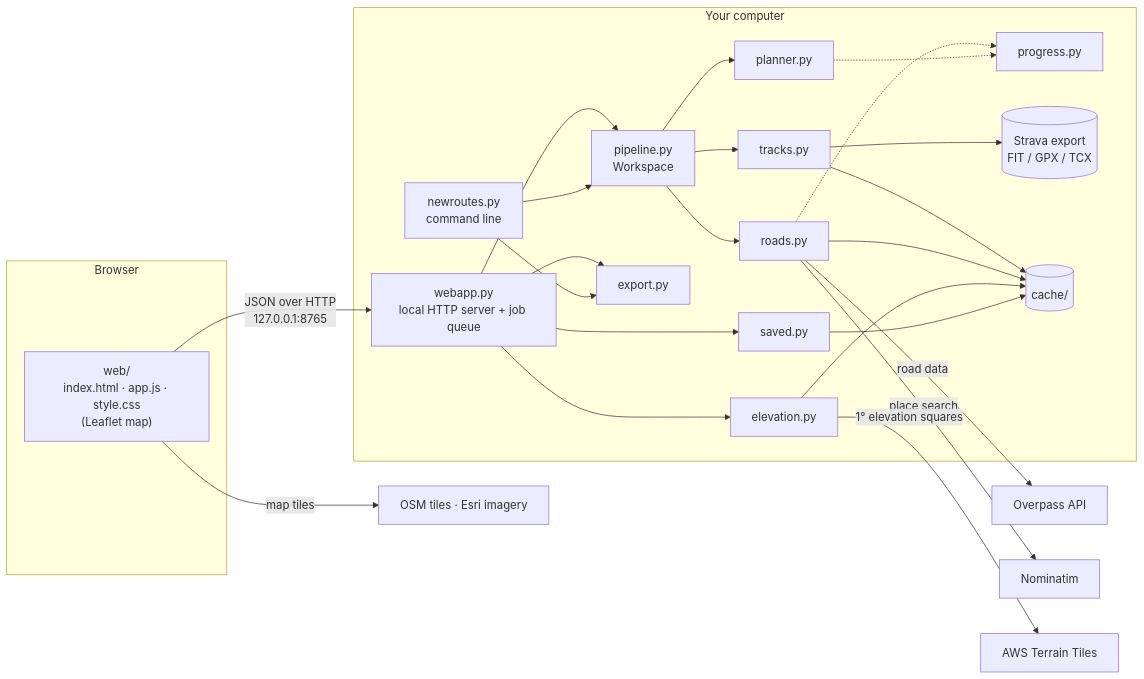
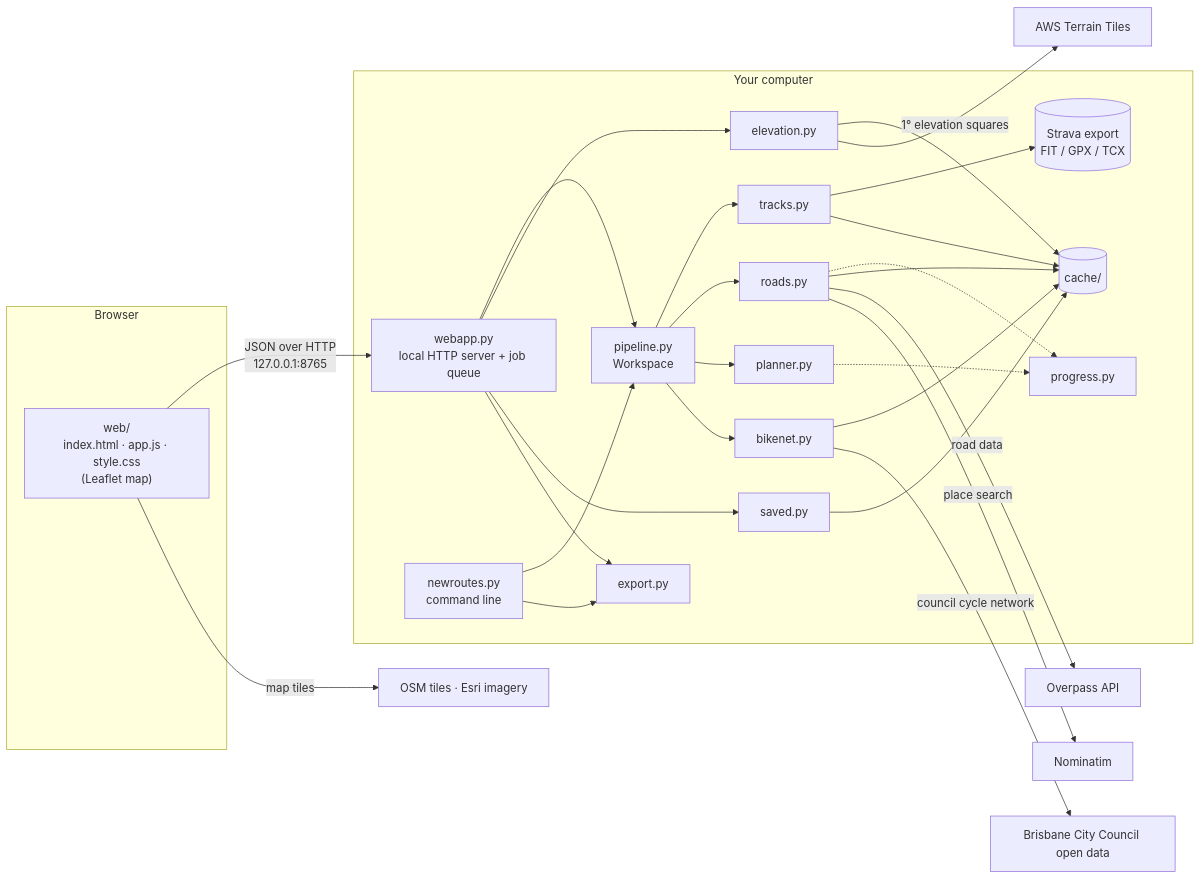
Before and after one commit to jmogil/new-roads-planner: the diagram in docs/architecture.md, drawn with Mermaid. The commit also changed other lines of this file and 4 other files, not shown here.

Commit message:
Document Brisbane's bike network: guide, architecture, changelog, roadmap

````diff
--- a/docs/architecture.md
+++ b/docs/architecture.md
@@ -8,41 +8,45 @@
 ```mermaid
 flowchart LR
   subgraph browser["Browser"]
     UI["web/<br/>index.html · app.js · style.css<br/>(Leaflet map)"]
   end
   subgraph computer["Your computer"]
     WA["webapp.py<br/>local HTTP server + job queue"]
     CLI["newroutes.py<br/>command line"]
     PL["pipeline.py<br/>Workspace"]
     TR["tracks.py"]
     RD["roads.py"]
     PN["planner.py"]
     EL["elevation.py"]
     SV["saved.py"]
+    BN["bikenet.py"]
     EX["export.py"]
     PG["progress.py"]
     EXP[("Strava export<br/>FIT / GPX / TCX")]
     CA[("cache/")]
   end
   UI -- "JSON over HTTP<br/>127.0.0.1:8765" --> WA
   WA --> PL
   CLI --> PL
   PL --> TR
   PL --> RD
   PL --> PN
+  PL --> BN
   WA --> EL
   WA --> SV
   WA --> EX
   CLI --> EX
   RD -.-> PG
   PN -.-> PG
   TR --> EXP
   TR --> CA
   RD --> CA
   EL --> CA
   SV --> CA
+  BN --> CA
+  BN -- "council cycle network" --> BCC["Brisbane City Council open data"]
   RD -- "road data" --> OV["Overpass API"]
   RD -- "place search" --> NO["Nominatim"]
   EL -- "1° elevation squares" --> TT["AWS Terrain Tiles"]
   UI -- "map tiles" --> OT["OSM tiles · Esri imagery"]
 ```
````
